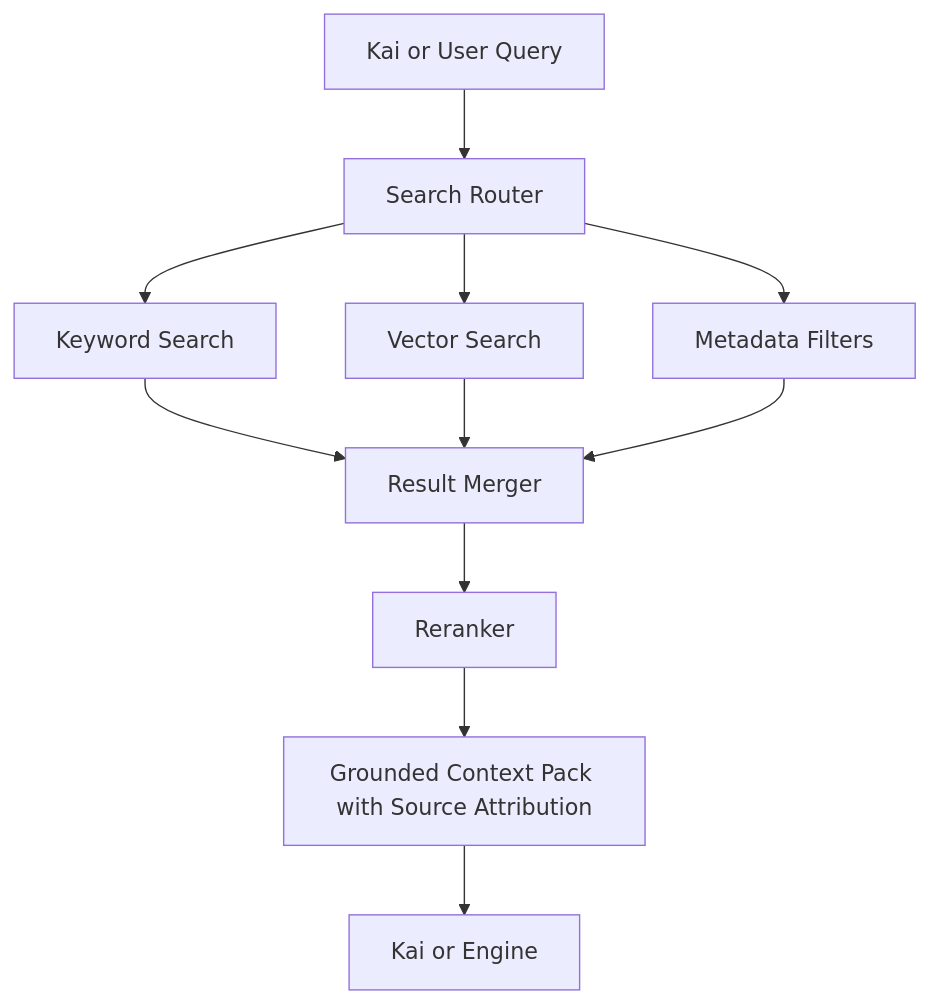
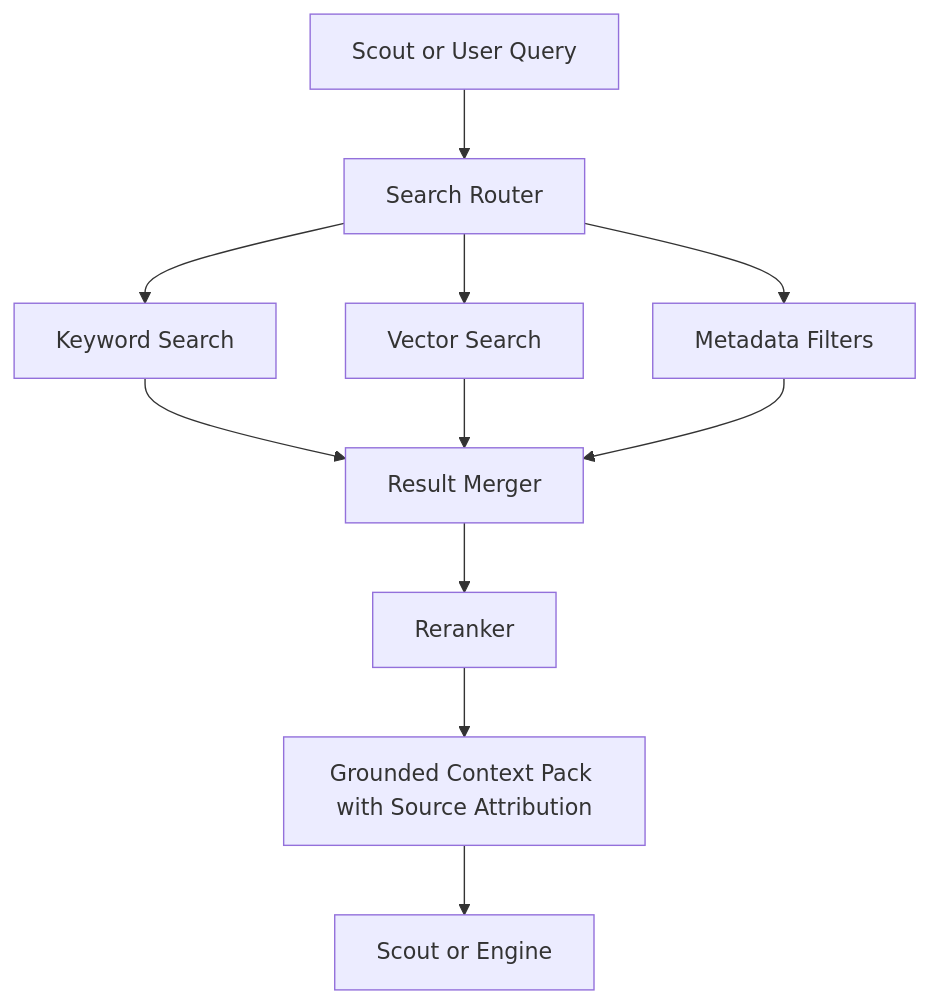
The diagram in docs/RAG_AND_SEARCH_ARCHITECTURE.md (Mirzzie/Fadi), drawn with Mermaid before and after one commit. The commit also changed other lines of this file and 142 other files, not shown here.

First line of the commit message:
feat!: rename Kai → Scout — the agent that finds what's ahead of you

````diff
--- a/docs/RAG_AND_SEARCH_ARCHITECTURE.md
+++ b/docs/RAG_AND_SEARCH_ARCHITECTURE.md
@@ -25,13 +25,13 @@
 ```mermaid
 flowchart TD
-    Query[Kai or User Query] --> Router[Search Router]
+    Query[Scout or User Query] --> Router[Search Router]
     Router --> Keyword[Keyword Search]
     Router --> Vector[Vector Search]
     Router --> Filters[Metadata Filters]
     Keyword --> Merge[Result Merger]
     Vector --> Merge
     Filters --> Merge
     Merge --> Rerank[Reranker]
     Rerank --> Context[Grounded Context Pack with Source Attribution]
-    Context --> Agent[Kai or Engine]
+    Context --> Agent[Scout or Engine]
 ```
````
